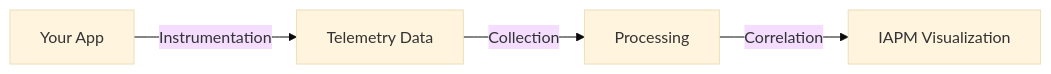
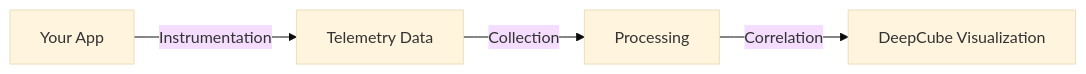
One commit to ImmersiveFusion/deepcube-docs changed the diagram in docs/Resources/Terms-and-Concepts/index.md. Above: the diagram before and after it, drawn with Mermaid (base theme). The commit also changed other lines of this file and 99 other files, not shown here.

First line of the commit message:
docs(rename): IAPM to DeepCube, prose track only (SP-074 stream A)

````diff
--- a/docs/Resources/Terms-and-Concepts/index.md
+++ b/docs/Resources/Terms-and-Concepts/index.md
@@ -21,6 +21,6 @@
 ```mermaid
 graph LR
     A[Your App] -->|Instrumentation| B[Telemetry Data]
     B -->|Collection| C[Processing]
-    C -->|Correlation| D[IAPM Visualization]
+    C -->|Correlation| D[DeepCube Visualization]
 ```
````
